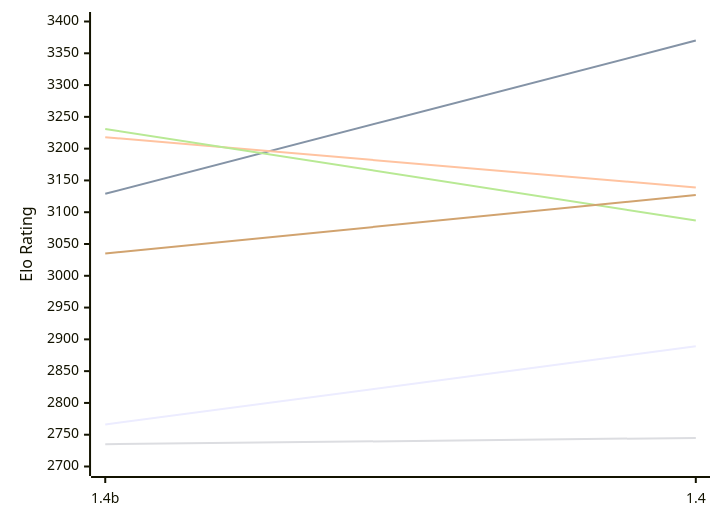
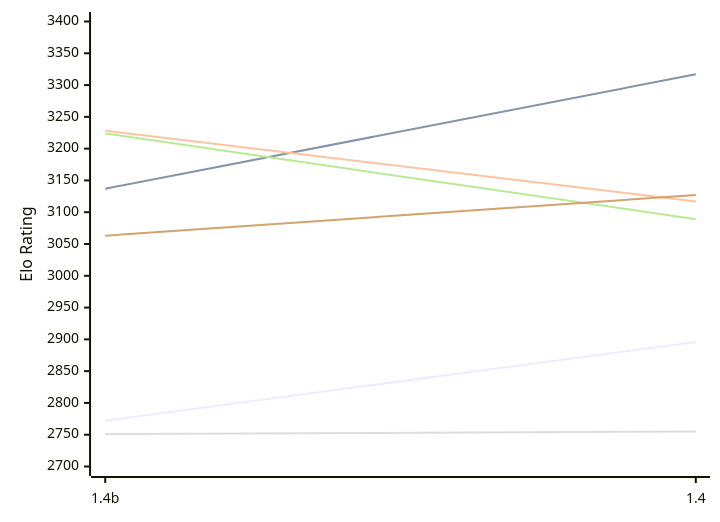
The first of 2 diagrams in engines/Chessnix.md (computer-chess-index/cci), drawn with Mermaid before and after one commit. The commit also changed other lines of this file, not shown here.

Commit message:
Update CCI Ratings (ELO VLTC) - 2026-11-16

````diff
--- a/engines/Chessnix.md
+++ b/engines/Chessnix.md
@@ -52,12 +52,12 @@
 ```mermaid
 %%{init: {"theme":"base","themeVariables":{"seriesColors:['#a3a3a3','#222221','#faa371']}}}%%
 xychart-beta
   x-axis ["1.4b", "1.4"]
   y-axis "Elo Rating" 2700 --> 3400
-  line "E1: STC (8.0+0.08s)" [2766, 2889]
-  line "E1: LTC (60.0+0.60s)" [3129, 3370]
-  line "E1: VLTC (2m24s+1.12s)" [3218, 3139]
-  line "P1: STC (8.0+0.08s)" [2735, 2745]
-  line "P1: LTC (60.0+0.60s)" [3231, 3087]
-  line "P1: VLTC (2m24s+1.12s)" [3035, 3127]
+  line "E1: STC (8.0+0.08s)" [2772, 2896]
+  line "E1: LTC (60.0+0.60s)" [3137, 3317]
+  line "E1: VLTC (2m24s+1.12s)" [3228, 3117]
+  line "P1: STC (8.0+0.08s)" [2751, 2755]
+  line "P1: LTC (60.0+0.60s)" [3224, 3089]
+  line "P1: VLTC (2m24s+1.12s)" [3063, 3127]
 ```
````
